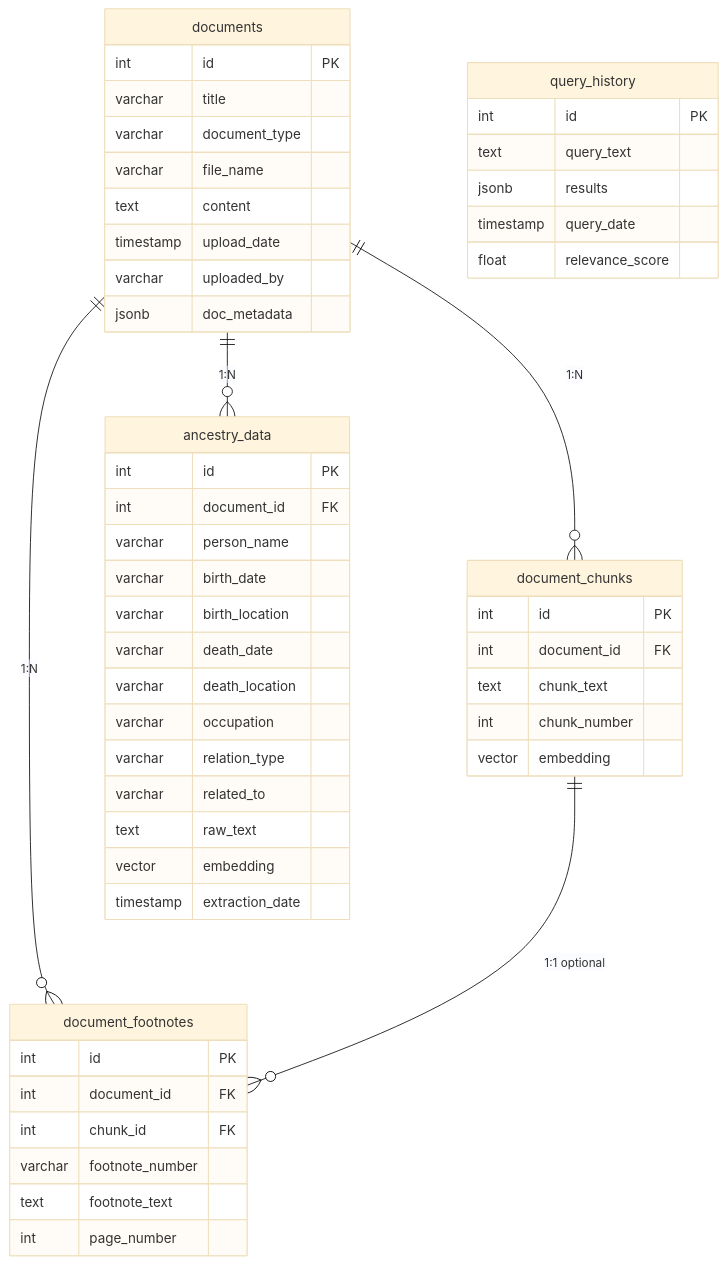
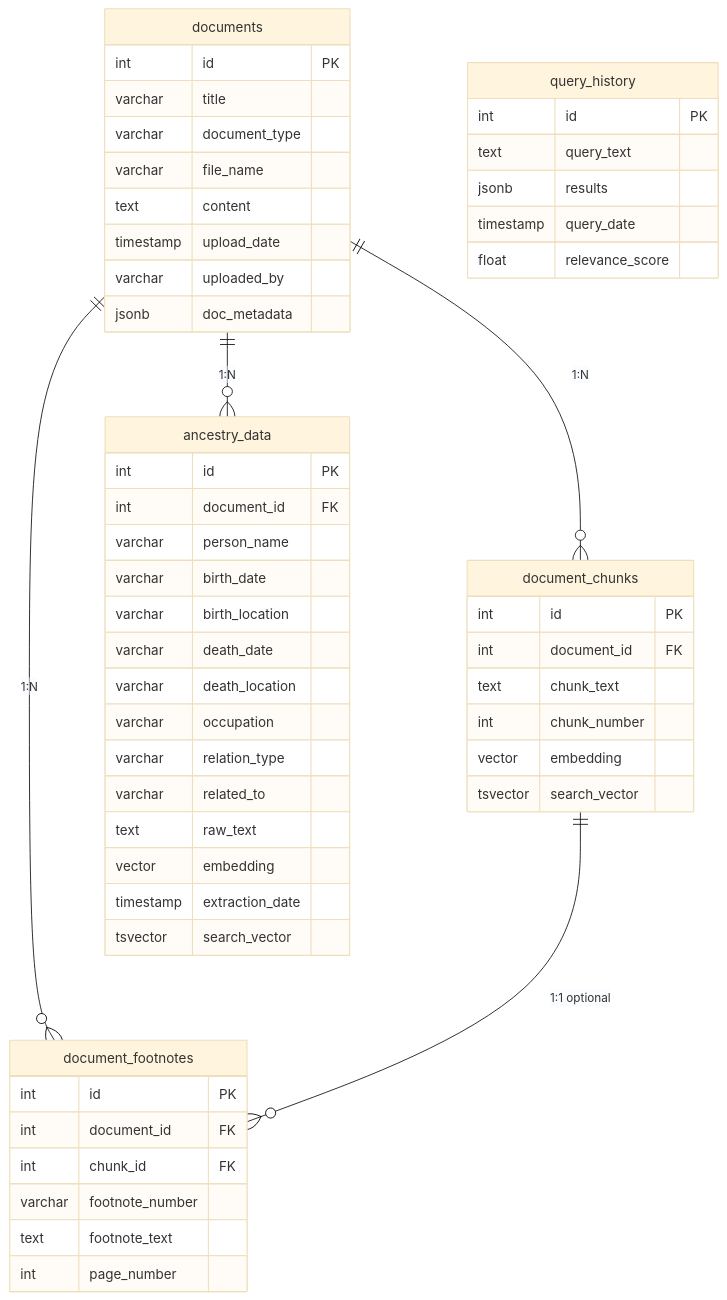
The diagram in ARCHITECTURE.md (osamahabib5/genelogical_trace), drawn with Mermaid (base theme) before and after one commit. The commit also changed other lines of this file and 16 other files, not shown here.

````diff
--- a/ARCHITECTURE.md
+++ b/ARCHITECTURE.md
@@ -34,59 +35,61 @@
 ```mermaid
 erDiagram
     documents ||--o{ document_chunks : "1:N"
     documents ||--o{ ancestry_data : "1:N"
     documents ||--o{ document_footnotes : "1:N"
     document_chunks ||--o{ document_footnotes : "1:1 optional"
 
     documents {
         int id PK
         varchar title
         varchar document_type
         varchar file_name
         text content
         timestamp upload_date
         varchar uploaded_by
         jsonb doc_metadata
     }
 
     document_chunks {
         int id PK
         int document_id FK
         text chunk_text
         int chunk_number
         vector embedding
+        tsvector search_vector
     }
 
     ancestry_data {
         int id PK
         int document_id FK
         varchar person_name
         varchar birth_date
         varchar birth_location
         varchar death_date
         varchar death_location
         varchar occupation
         varchar relation_type
         varchar related_to
         text raw_text
         vector embedding
         timestamp extraction_date
+        tsvector search_vector
     }
 
     query_history {
         int id PK
         text query_text
         jsonb results
         timestamp query_date
         float relevance_score
     }
 
     document_footnotes {
         int id PK
         int document_id FK
         int chunk_id FK
         varchar footnote_number
         text footnote_text
         int page_number
     }
 ```
````
